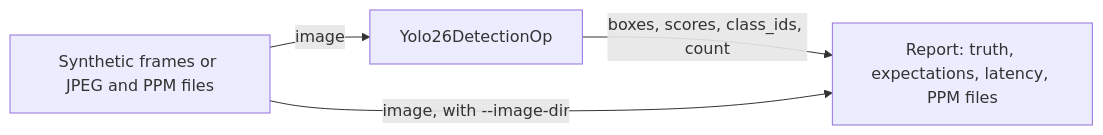
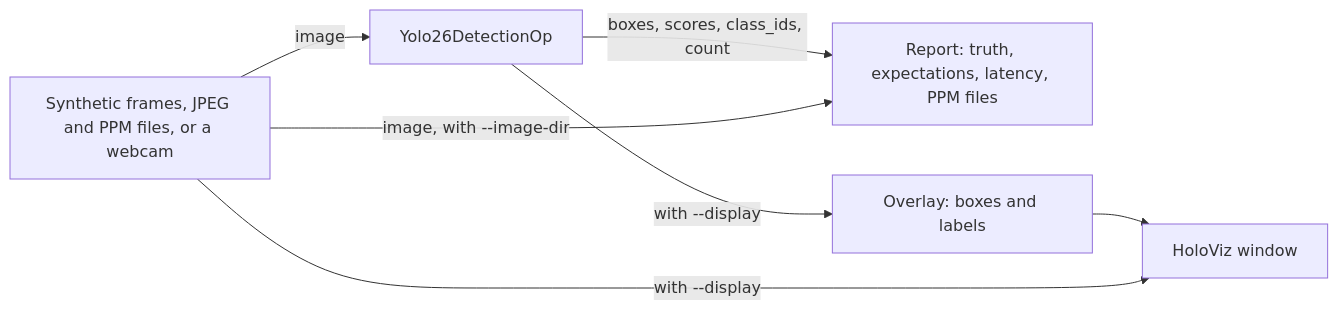
Before and after one commit to snknitheesh/holoscan-applications: the diagram in applications/yolo26_detection/README.md, drawn with Mermaid. The commit also changed other lines of this file and 1 other file, not shown here.

Commit message:
yolo26_detection: Add the camera mode and its documentation

````diff
--- a/applications/yolo26_detection/README.md
+++ b/applications/yolo26_detection/README.md
@@ -23,6 +23,8 @@
 ```mermaid
 flowchart LR
-    S[Synthetic frames or JPEG and PPM files] -->|image| D[Yolo26DetectionOp]
+    S[Synthetic frames, JPEG and PPM files, or a webcam] -->|image| D[Yolo26DetectionOp]
     D -->|boxes, scores, class_ids, count| R[Report: truth, expectations, latency, PPM files]
     S -->|image, with --image-dir| R
+    D -->|with --display| O[Overlay: boxes and labels] --> V[HoloViz window]
+    S -->|with --display| V
 ```
````
